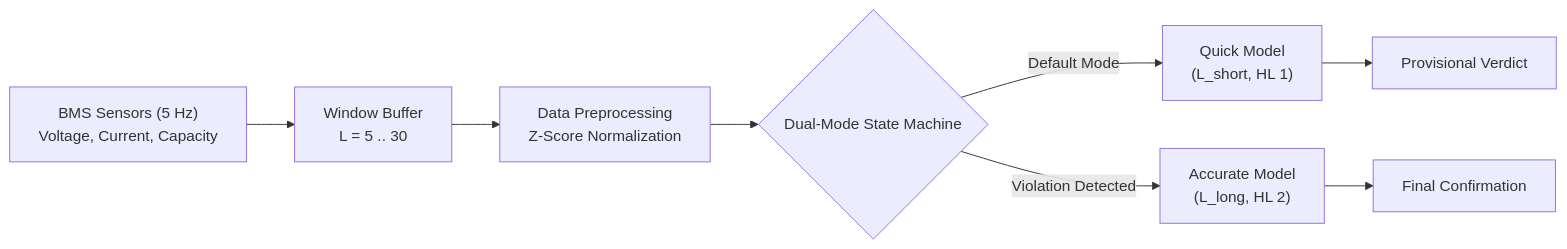
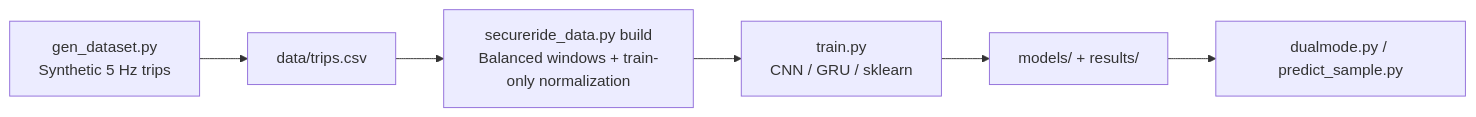
Before and after one commit to SecureRide-CS637/SecureRide: the diagram in ACADEMIC_REPORT.md, drawn with Mermaid. The commit also changed other lines of this file and 1 other file, not shown here.

````diff
--- a/ACADEMIC_REPORT.md
+++ b/ACADEMIC_REPORT.md
@@ -89,10 +92,8 @@
 ```mermaid
 flowchart LR
-    A["BMS Sensors (5 Hz)<br/>Voltage, Current, Capacity"] --> B["Window Buffer<br/>L = 5 .. 30"]
-    B --> C["Data Preprocessing<br/>Z-Score Normalization"]
-    C --> D{"Dual-Mode State Machine"}
-    D -- "Default Mode" --> E["Quick Model<br/>(L_short, HL 1)"]
-    D -- "Violation Detected" --> F["Accurate Model<br/>(L_long, HL 2)"]
-    E --> G["Provisional Verdict"]
-    F --> H["Final Confirmation"]
+    A["gen_dataset.py<br/>Synthetic 5 Hz trips"] --> B["data/trips.csv"]
+    B --> C["secureride_data.py build<br/>Balanced windows + train-only normalization"]
+    C --> D["train.py<br/>CNN / GRU / sklearn"]
+    D --> E["models/ + results/"]
+    E --> F["dualmode.py / predict_sample.py"]
 ```
````
